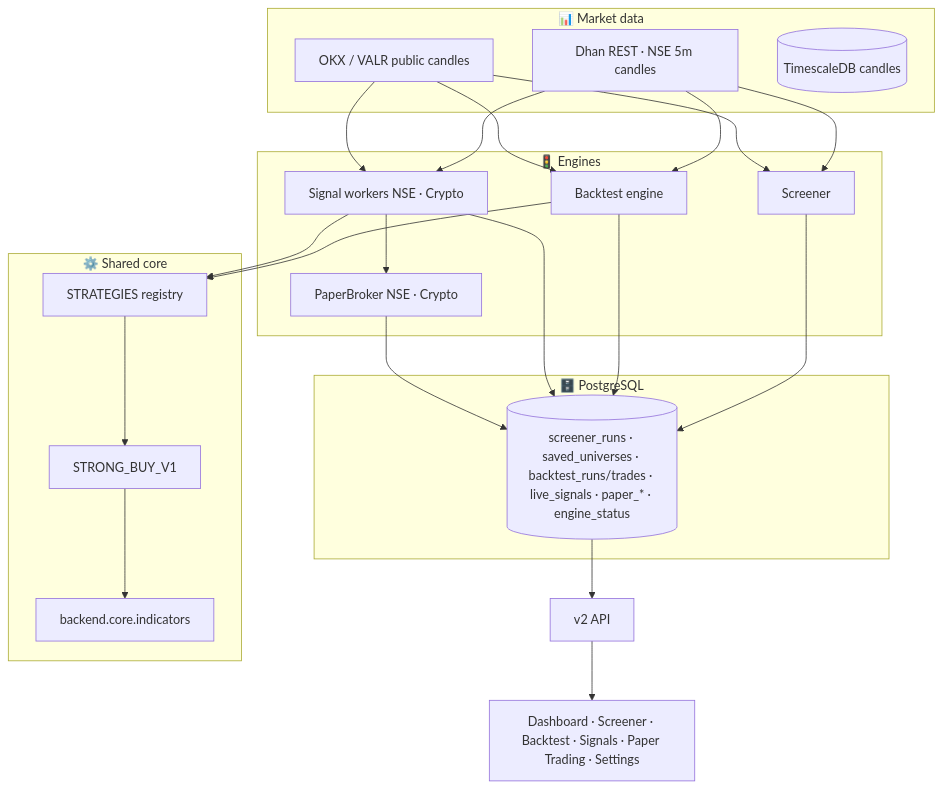
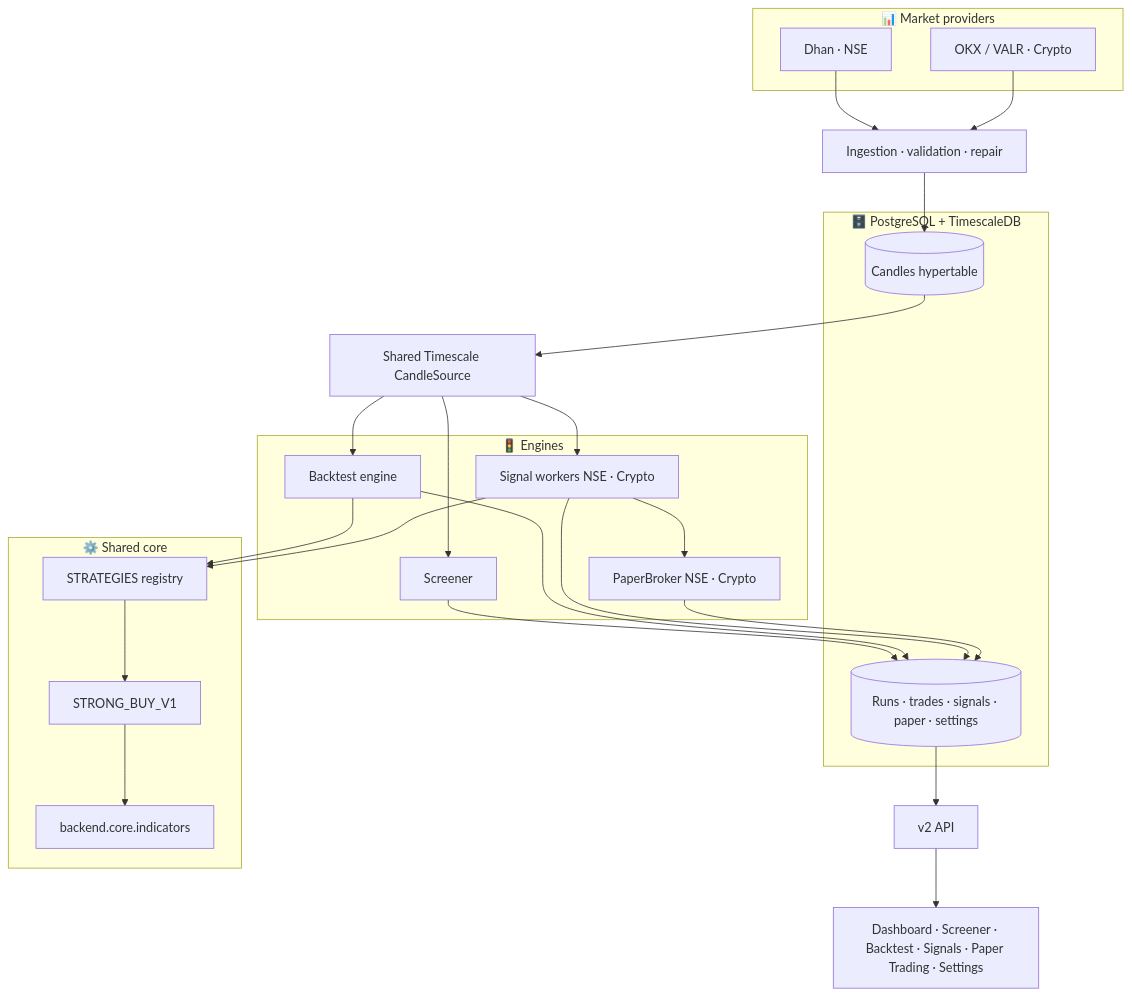
Before and after one commit to ven2day/opendelta-nse: the diagram in README.md, drawn with Mermaid. The commit also changed other lines of this file and 11 other files, not shown here.

Commit message:
Connect unified engines to Timescale candle reads

````diff
--- a/README.md
+++ b/README.md
@@ -40,34 +40,41 @@
 ```mermaid
 graph TB
-    subgraph Data["📊 Market data"]
-        DH[Dhan REST · NSE 5m candles]
-        CX[OKX / VALR public candles]
-        TS[(TimescaleDB candles)]
+    subgraph Providers["📊 Market providers"]
+        DH[Dhan · NSE]
+        CX[OKX / VALR · Crypto]
     end
+    ING[Ingestion · validation · repair]
+    subgraph Store["🗄️ PostgreSQL + TimescaleDB"]
+        TS[(Candles hypertable)]
+        DB[(Runs · trades · signals · paper · settings)]
+    end
+    SRC[Shared Timescale CandleSource]
     subgraph Core["⚙️ Shared core"]
         IND[backend.core.indicators]
         REG[STRATEGIES registry]
         SB[STRONG_BUY_V1]
         REG --> SB
         SB --> IND
     end
     subgraph Engines["🚦 Engines"]
         SCR[Screener]
         BT[Backtest engine]
         SIG[Signal workers NSE · Crypto]
         PB[PaperBroker NSE · Crypto]
     end
-    subgraph Store["🗄️ PostgreSQL"]
-        DB[(screener_runs · saved_universes · backtest_runs/trades · live_signals · paper_* · engine_status)]
-    end
-    DH --> SCR & BT & SIG
-    CX --> SCR & BT & SIG
+    DH --> ING
+    CX --> ING
+    ING --> TS
+    TS --> SRC
+    SRC --> SCR
+    SRC --> BT
+    SRC --> SIG
     SCR --> DB
     BT --> REG
     SIG --> REG
     BT --> DB
     SIG --> DB
     SIG --> PB --> DB
     DB --> API["v2 API"]
     API --> UI["Dashboard · Screener · Backtest · Signals · Paper Trading · Settings"]
 ```
````
